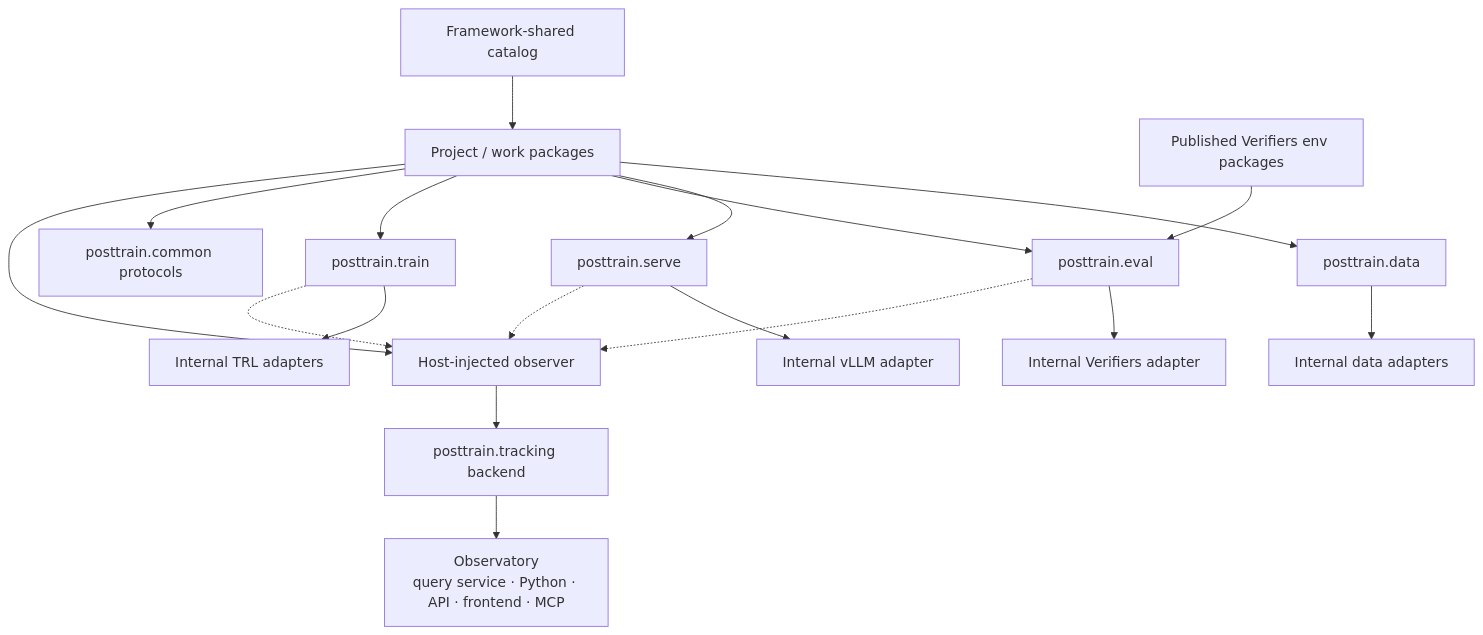
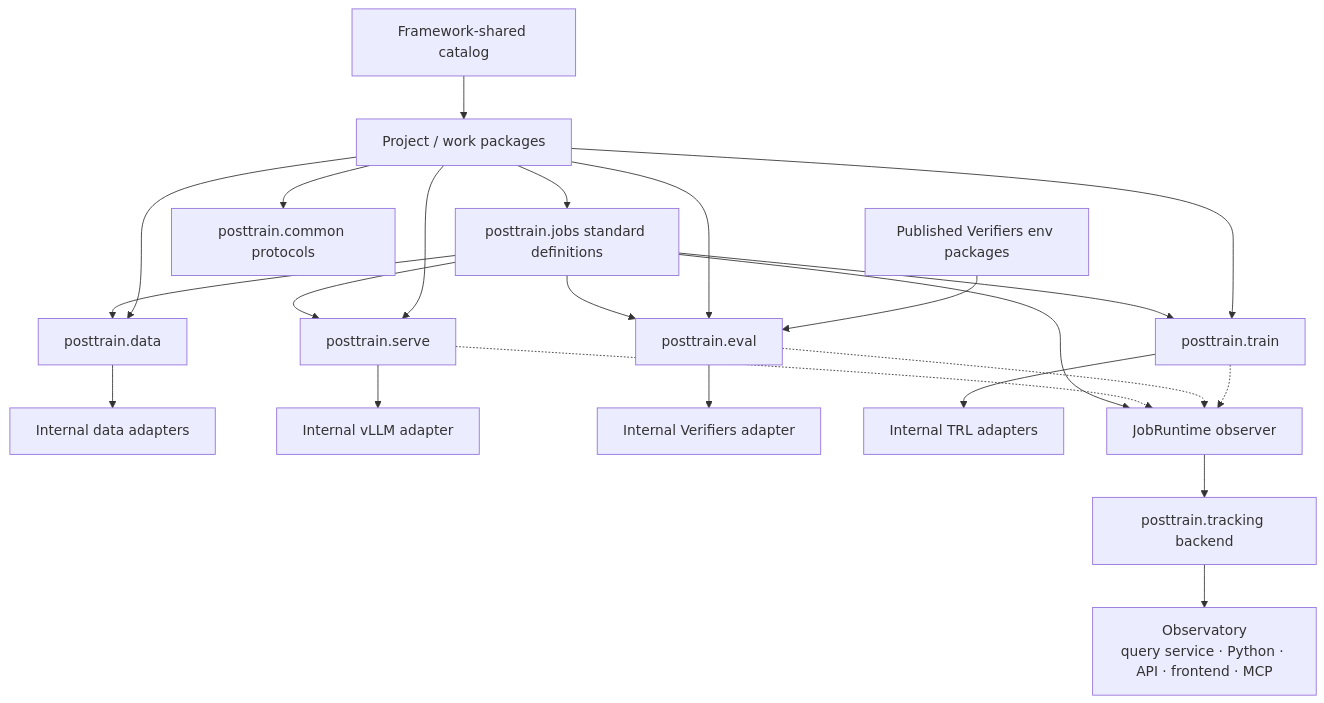
Before and after one commit to carbonteq-ai/posttrain: the diagram in docs/post-training/04-framework.md, drawn with Mermaid. The commit also changed other lines of this file and 94 other files, not shown here.

````diff
--- a/docs/post-training/04-framework.md
+++ b/docs/post-training/04-framework.md
@@ -78,20 +83,25 @@
 ```mermaid
 flowchart TB
     Cat["Framework-shared catalog"] --> Proj["Project / work packages"]
+    Proj --> Jobs["posttrain.jobs standard definitions"]
+    Jobs --> Data
+    Jobs --> Serve
+    Jobs --> Eval
+    Jobs --> Train
     Proj --> Data["posttrain.data"]
     Proj --> Serve["posttrain.serve"]
     Proj --> Eval["posttrain.eval"]
     Proj --> Train["posttrain.train"]
     Proj --> Common["posttrain.common protocols"]
     Data --> DA["Internal data adapters"]
     Serve --> VA["Internal vLLM adapter"]
     Eval --> EA["Internal Verifiers adapter"]
     Train --> TA["Internal TRL adapters"]
-    Proj --> Obs["Host-injected observer"]
+    Jobs --> Obs["JobRuntime observer"]
     Serve -.-> Obs
     Eval -.-> Obs
     Train -.-> Obs
     Obs --> Tracking["posttrain.tracking backend"]
     Tracking --> Observatory["Observatory\nquery service · Python · API · frontend · MCP"]
     EnvPkg["Published Verifiers env packages"] --> Eval
 ```
````
